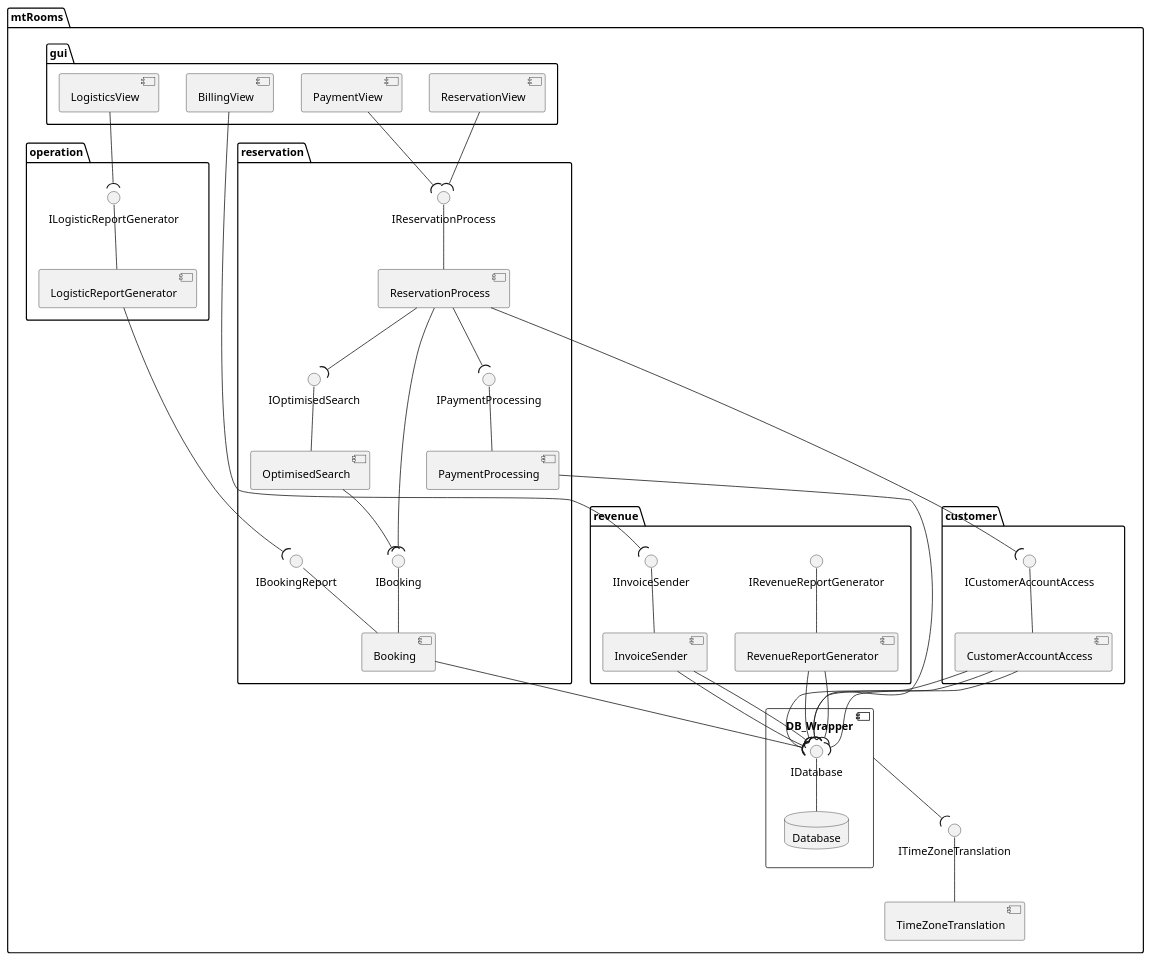
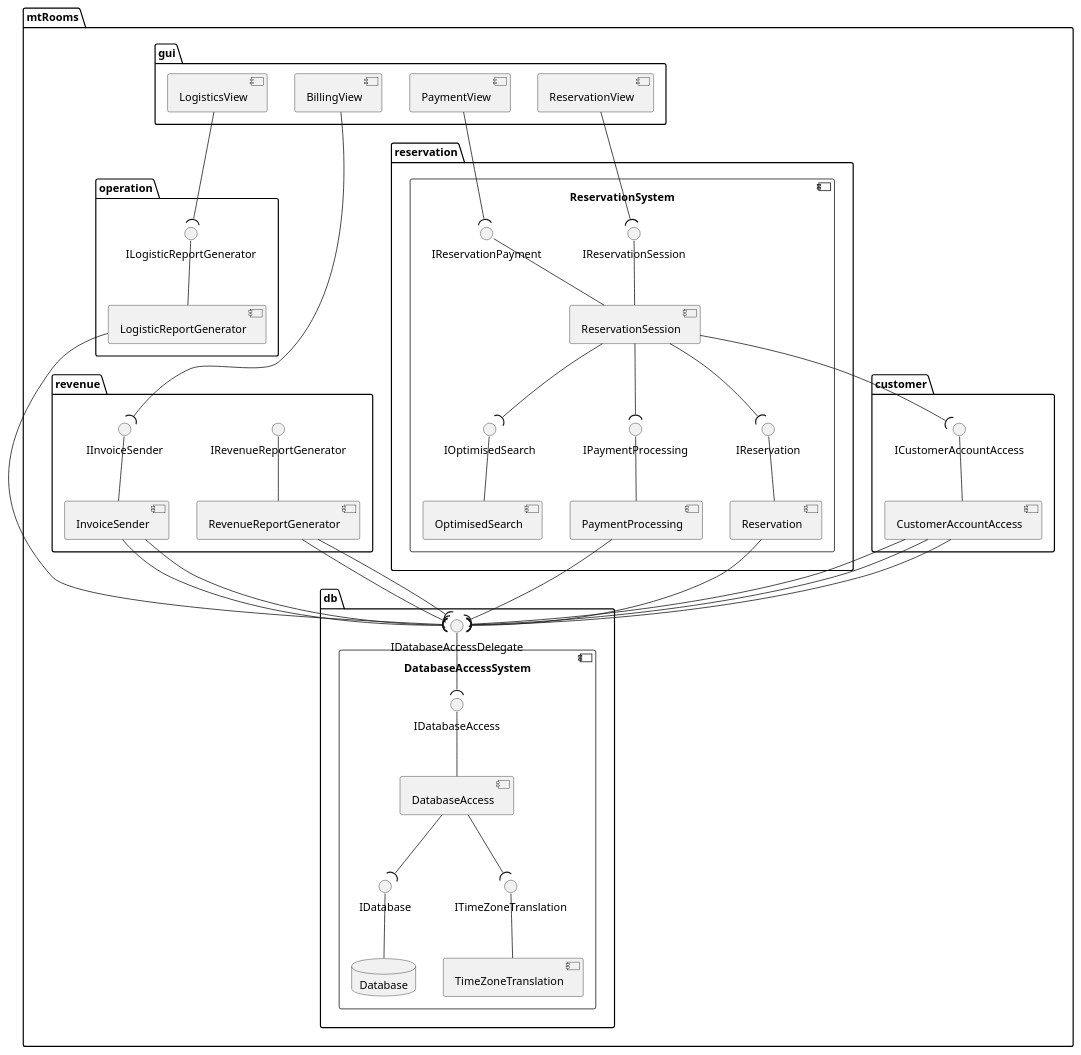
The diagram in docs/uml/architecture.puml (BBKbeam/mtRooms), drawn with PlantUML before and after one commit.

Commit message:
[Docs] Architecture update

```diff
--- a/docs/uml/architecture.puml
+++ b/docs/uml/architecture.puml
@@ -1,97 +1,107 @@
 @startuml
 
 'skinparam linetype ortho
 'skinparam linetype polyline
 
 package mtRooms {
     package "gui" {
         [BillingView]
         [LogisticsView]
         [ReservationView]
         [PaymentView]
     }
 
     package "reservation" {
-        interface IReservationProcess
-        [ReservationProcess]
-        interface IOptimisedSearch
-        [OptimisedSearch]
-        interface IPaymentProcessing
-        [PaymentProcessing]
-        interface IBooking
-        interface IBookingReport
-        [Booking]
+        component ReservationSystem {
+            interface IReservationSession
+            interface IReservationPayment
+            [ReservationSession]
+            interface IOptimisedSearch
+            [OptimisedSearch]
+            interface IPaymentProcessing
+            [PaymentProcessing]
+            interface IReservation
+            [Reservation]
 
-        IReservationProcess -- ReservationProcess
-        IOptimisedSearch -- OptimisedSearch
+            IReservationSession -- ReservationSession
+            IReservationPayment -- ReservationSession
+            IOptimisedSearch -- OptimisedSearch
 
-        ReservationProcess --( IOptimisedSearch
+            ReservationSession --( IOptimisedSearch
 
-        IBooking -- Booking
-        IBookingReport -- Booking
-        IPaymentProcessing -- PaymentProcessing
+            IReservation -- Reservation
+            IPaymentProcessing -- PaymentProcessing
+        }
     }
 
     package "customer" {
         interface ICustomerAccountAccess
         [CustomerAccountAccess]
 
         ICustomerAccountAccess -- CustomerAccountAccess
     }
 
     package "revenue" {
         [RevenueReportGenerator]
         interface IRevenueReportGenerator
         [InvoiceSender]
         interface IInvoiceSender
 
         IRevenueReportGenerator -- RevenueReportGenerator
         IInvoiceSender -- InvoiceSender
     }
 
     package "operation" {
         [LogisticReportGenerator]
         interface ILogisticReportGenerator
 
         ILogisticReportGenerator -- LogisticReportGenerator
     }
 
-    component DB_Wrapper {
-        interface IDatabase
-        database Database
+    package "db" {
+        interface IDatabaseAccessDelegate
 
-        IDatabase -- Database
+        component DatabaseAccessSystem {
+            interface IDatabase
+            database Database
+            [DatabaseAccess]
+            interface ITimeZoneTranslation
+            [TimeZoneTranslation]
+            ITimeZoneTranslation -- TimeZoneTranslation
+
+            DatabaseAccess --( ITimeZoneTranslation
+            IDatabase -- Database
+            IDatabaseAccess -- DatabaseAccess
+            DatabaseAccess --( IDatabase
+        }
+
+        IDatabaseAccessDelegate --( IDatabaseAccess
     }
-    
-    interface ITimeZoneTranslation
-    [TimeZoneTranslation]
-    ITimeZoneTranslation -- TimeZoneTranslation
-    
-    DB_Wrapper --( ITimeZoneTranslation
-    
+
+
 
     IInvoiceSender )-up- BillingView
     ILogisticReportGenerator )-up- LogisticsView
-    ReservationView --( IReservationProcess
-    PaymentView --( IReservationProcess
+    ReservationView --( IReservationSession
+    PaymentView --( IReservationPayment
 
-    ReservationProcess --( IPaymentProcessing
-    ReservationProcess --( IBooking
-    ReservationProcess --( ICustomerAccountAccess
-    OptimisedSearch --( IBooking
+    ReservationSession --( IPaymentProcessing
+    ReservationSession --( IReservation
+    ReservationSession --( ICustomerAccountAccess
+    'OptimisedSearch -right-( IReservation
 
-    Booking --( IDatabase
+    Reservation --( IDatabaseAccessDelegate
 
-    CustomerAccountAccess --( IDatabase
-    CustomerAccountAccess --( IDatabase
-    CustomerAccountAccess --( IDatabase
+    CustomerAccountAccess --( IDatabaseAccessDelegate
+    CustomerAccountAccess --( IDatabaseAccessDelegate
+    CustomerAccountAccess --( IDatabaseAccessDelegate
 
-    PaymentProcessing --( IDatabase
-    LogisticReportGenerator --( IBookingReport
-    InvoiceSender --( IDatabase
-    InvoiceSender --( IDatabase
-    RevenueReportGenerator --( IDatabase
-    RevenueReportGenerator --( IDatabase
+    PaymentProcessing --( IDatabaseAccessDelegate
+    LogisticReportGenerator --( IDatabaseAccessDelegate
+    InvoiceSender --( IDatabaseAccessDelegate
+    InvoiceSender --( IDatabaseAccessDelegate
+    RevenueReportGenerator --( IDatabaseAccessDelegate
+    RevenueReportGenerator --( IDatabaseAccessDelegate
 }
 
 @enduml
```
